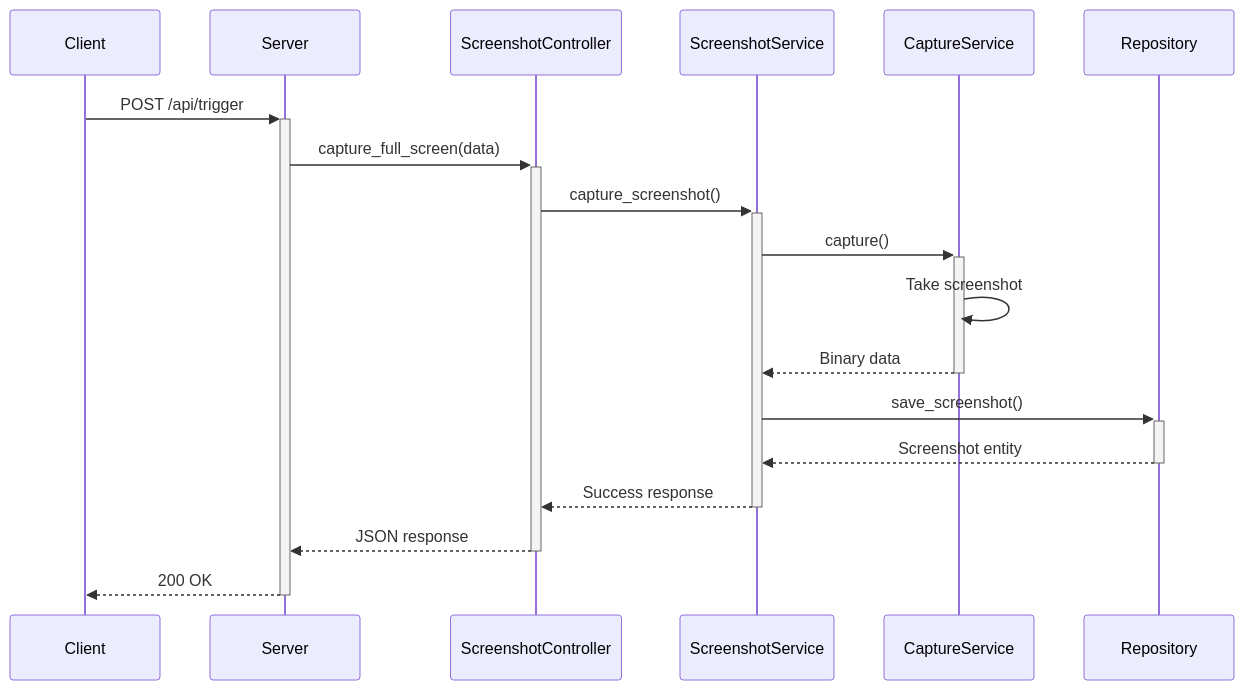
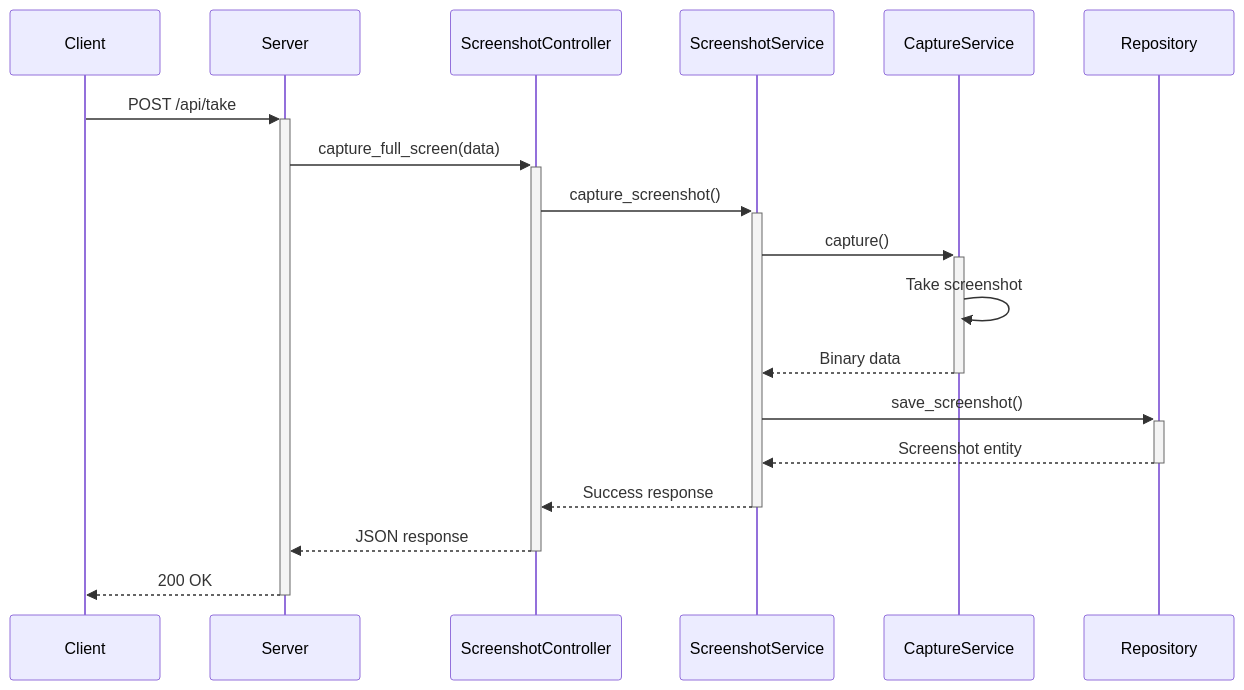
The second of 13 diagrams in DESIGN_ANALYSIS.md (iAli61/screenAgent), drawn with Mermaid before and after one commit. The commit also changed other lines of this file and 24 other files, not shown here.

````diff
--- a/DESIGN_ANALYSIS.md
+++ b/DESIGN_ANALYSIS.md
@@ -98,21 +98,21 @@
 ```mermaid
 sequenceDiagram
     participant Client
     participant Server
     participant ScreenshotController
     participant ScreenshotService
     participant CaptureService
     participant Repository
 
-    Client->>+Server: POST /api/trigger
+    Client->>+Server: POST /api/take
     Server->>+ScreenshotController: capture_full_screen(data)
     ScreenshotController->>+ScreenshotService: capture_screenshot()
     ScreenshotService->>+CaptureService: capture()
     CaptureService->>CaptureService: Take screenshot
     CaptureService-->>-ScreenshotService: Binary data
     ScreenshotService->>+Repository: save_screenshot()
     Repository-->>-ScreenshotService: Screenshot entity
     ScreenshotService-->>-ScreenshotController: Success response
     ScreenshotController-->>-Server: JSON response
     Server-->>-Client: 200 OK
 ```
````
